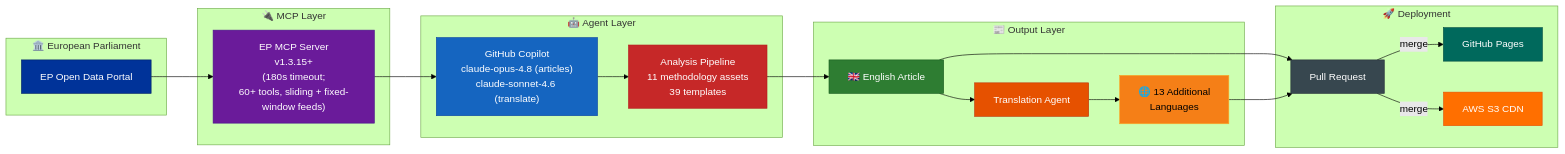
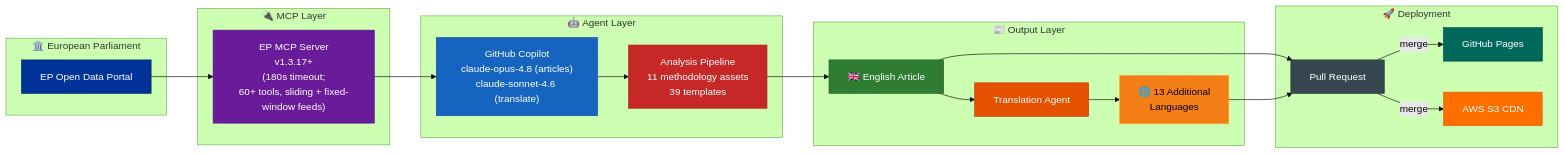
Diagram 23 of 23 in WORKFLOWS.md (Hack23/euparliamentmonitor), drawn with Mermaid (forest theme) before and after one commit. The commit also changed other lines of this file and 60 other files, not shown here.

Commit message:
chore: bump EP MCP server to v1.3.17

````diff
--- a/WORKFLOWS.md
+++ b/WORKFLOWS.md
@@ -2253,42 +2253,42 @@
 ```mermaid
 flowchart LR
     subgraph "🏛️ European Parliament"
         EP["EP Open Data Portal"]
     end
 
     subgraph "🔌 MCP Layer"
-        MCP["EP MCP Server<br/>v1.3.15+<br/>(180s timeout;<br/>60+ tools, sliding + fixed-window feeds)"]
+        MCP["EP MCP Server<br/>v1.3.17+<br/>(180s timeout;<br/>60+ tools, sliding + fixed-window feeds)"]
     end
 
     subgraph "🤖 Agent Layer"
         Agent["GitHub Copilot<br/>claude-opus-4.8 (articles)<br/>claude-sonnet-4.6 (translate)"]
         Analyze["Analysis Pipeline<br/>11 methodology assets<br/>39 templates"]
     end
 
     subgraph "📰 Output Layer"
         EN["🇬🇧 English Article"]
         Translate["Translation Agent"]
         Multi["🌐 13 Additional<br/>Languages"]
     end
 
     subgraph "🚀 Deployment"
         PR["Pull Request"]
         Pages["GitHub Pages"]
         S3["AWS S3 CDN"]
     end
 
     EP --> MCP --> Agent --> Analyze --> EN --> PR
     EN --> Translate --> Multi --> PR
     PR --> |"merge"| Pages & S3
 
     style EP fill:#003399,stroke:#002266,color:#FFFFFF
     style MCP fill:#6A1B9A,stroke:#4A148C,color:#FFFFFF
     style Agent fill:#1565C0,stroke:#0D47A1,color:#FFFFFF
     style Analyze fill:#C62828,stroke:#B71C1C,color:#FFFFFF
     style EN fill:#2E7D32,stroke:#1B5E20,color:#FFFFFF
     style Translate fill:#E65100,stroke:#BF360C,color:#FFFFFF
     style Multi fill:#F57F17,stroke:#F9A825,color:#000000
     style PR fill:#37474F,stroke:#263238,color:#FFFFFF
     style Pages fill:#00695C,stroke:#004D40,color:#FFFFFF
     style S3 fill:#FF6F00,stroke:#E65100,color:#FFFFFF
 ```
````
